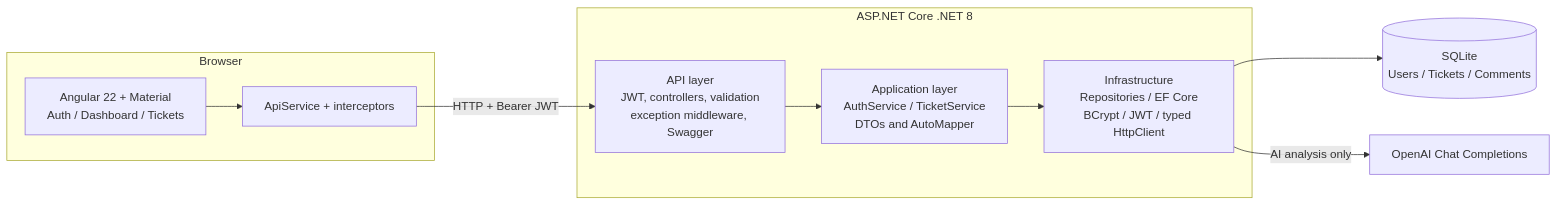
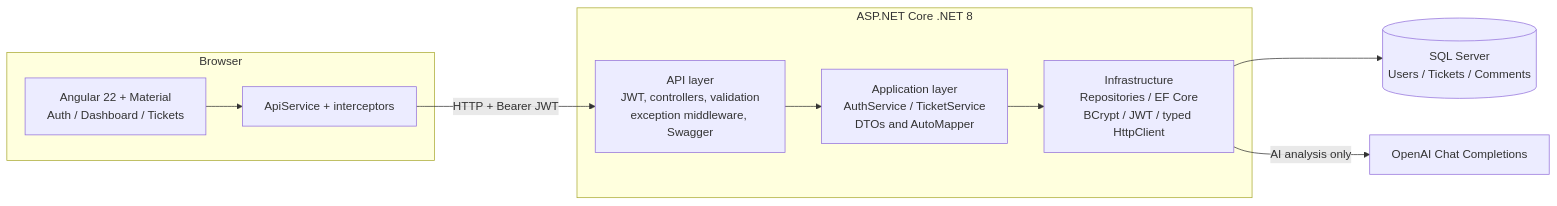
One commit to wldbaig/HelpDesk-AI changed the seventh of 12 diagrams in README.md. Above: the diagram before and after it, drawn with Mermaid. The commit also changed other lines of this file and 38 other files, not shown here.

Commit message:
feature/major_fixes_migrate_to_sql_server_and_refactor_angular_frontend_to_npm_removed_pnmp

````diff
--- a/README.md
+++ b/README.md
@@ -210,17 +210,17 @@
 ```mermaid
 flowchart LR
     subgraph Browser["Browser"]
         Screens["Angular 22 + Material<br/>Auth / Dashboard / Tickets"]
         Client["ApiService + interceptors"]
         Screens --> Client
     end
     subgraph Backend["ASP.NET Core .NET 8"]
         API["API layer<br/>JWT, controllers, validation<br/>exception middleware, Swagger"]
         App["Application layer<br/>AuthService / TicketService<br/>DTOs and AutoMapper"]
         Infra["Infrastructure<br/>Repositories / EF Core<br/>BCrypt / JWT / typed HttpClient"]
         API --> App --> Infra
     end
     Client -->|"HTTP + Bearer JWT"| API
-    Infra --> SQLite[("SQLite<br/>Users / Tickets / Comments")]
+    Infra --> SqlServer[("SQL Server<br/>Users / Tickets / Comments")]
     Infra -->|"AI analysis only"| OpenAI["OpenAI Chat Completions"]
 ```
````
